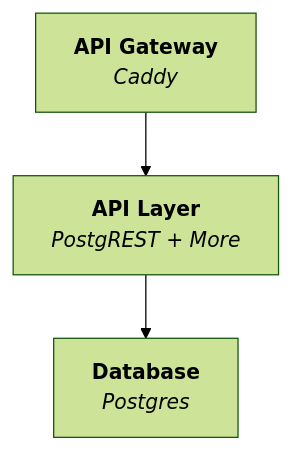
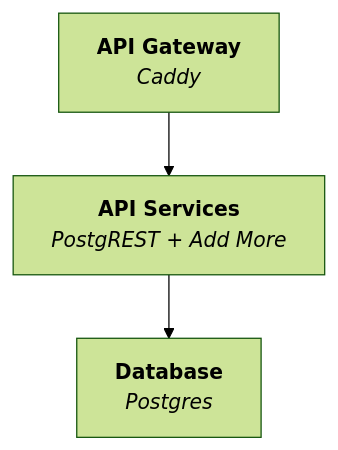
Before and after one commit to explodinglabs/superstack: the diagram in README.md, drawn with Mermaid (forest theme).

Commit message:
Adjust architecture diagram

````diff
--- a/README.md
+++ b/README.md
@@ -16,6 +16,6 @@
 ```mermaid
 flowchart TD
     Gateway["<b>API Gateway</b><br><i>Caddy</i>"]
-    Gateway --> API["<b>API Layer</b><br><i>PostgREST + More</i>"]
+    Gateway --> API["<b>API Services</b><br><i>PostgREST + Add More</i>"]
     API --> Database["<b>Database</b><br><i>Postgres</i>"]
 ```
````
